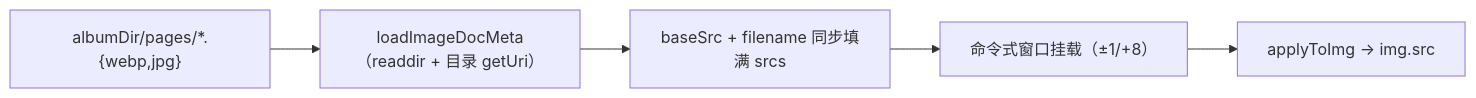
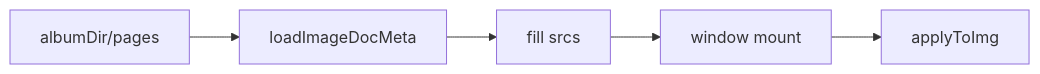
The second of 2 diagrams in docs/architecture/download.md (aDarkMaker/JMFM), drawn with Mermaid before and after one commit. The commit also changed 20 other files, not shown here.

Commit message:
docs: fix mermaid diagrams and tighten wiki copy

````diff
--- a/docs/architecture/download.md
+++ b/docs/architecture/download.md
@@ -65,7 +65,7 @@
 ```mermaid
 flowchart LR
-    pages["albumDir/pages/*.{webp,jpg}"] --> meta["loadImageDocMeta（readdir + 目录 getUri）"]
-    meta --> srcs["baseSrc + filename 同步填满 srcs"]
-    srcs --> dom["命令式窗口挂载（±1/+8）"]
-    dom --> img["applyToImg → img.src"]
+    pages[albumDir/pages] --> meta[loadImageDocMeta]
+    meta --> srcs[fill srcs]
+    srcs --> dom[window mount]
+    dom --> img[applyToImg]
 ```
````
